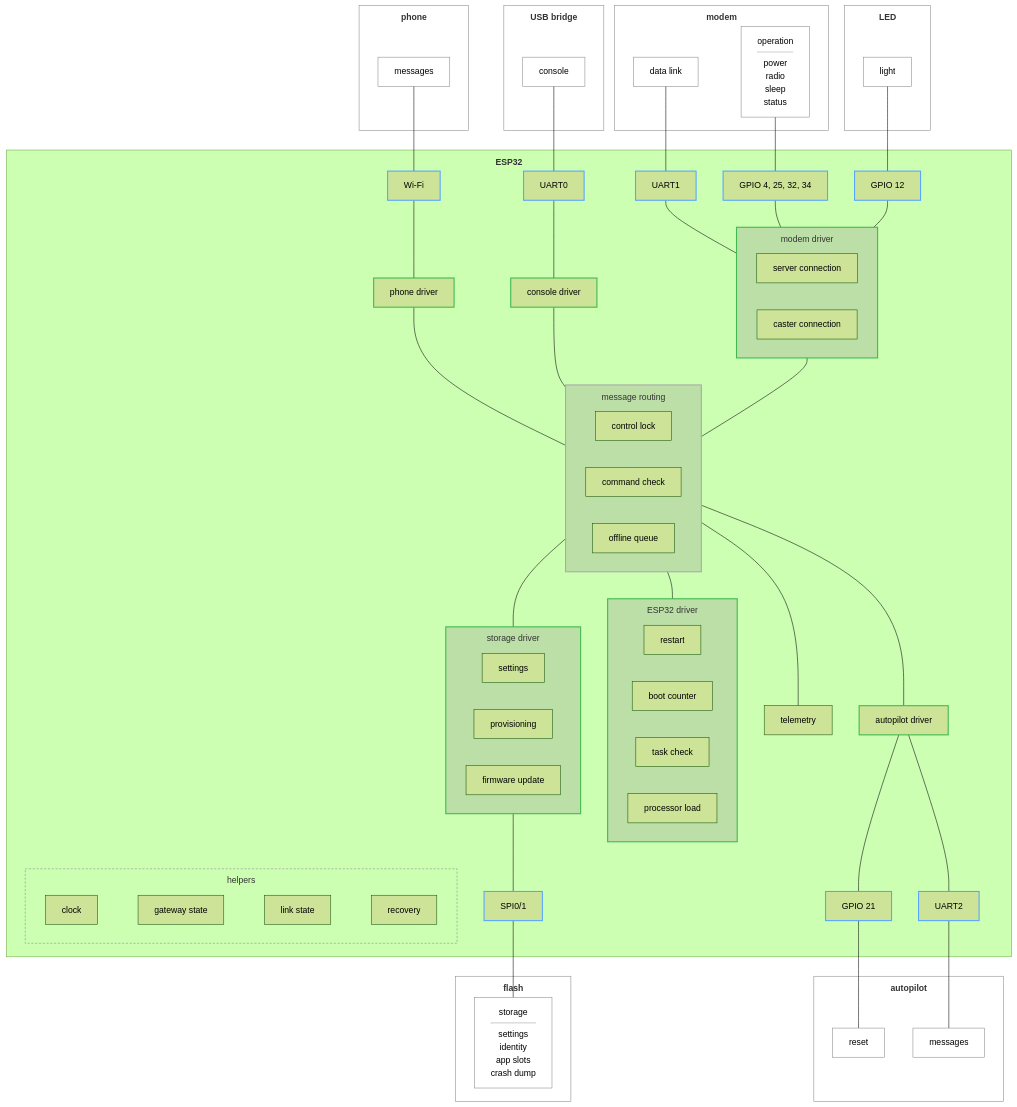
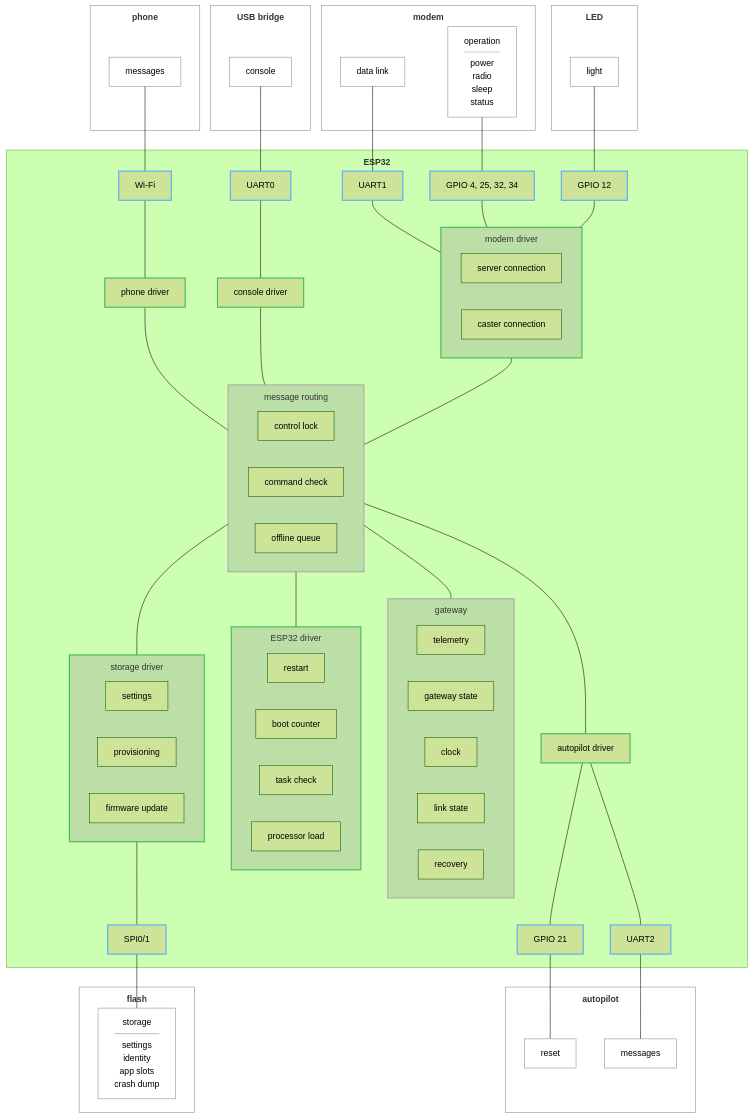
The diagram in .esp-architecture/diagrams/block-draft.md (rmx-lt/rmx-mower-gateway), drawn with Mermaid (forest theme) before and after one commit.

Commit message:
Draft: gateway block instead of helpers

```diff
--- a/.esp-architecture/diagrams/block-draft.md
+++ b/.esp-architecture/diagrams/block-draft.md
@@ -42,19 +42,18 @@
       chk["command check"]
       q["offline queue"]
     end
-    tel["telemetry"]
+    subgraph gw["gateway"]
+      tel["telemetry"]
+      state["gateway state"]
+      clk["clock"]
+      ls["link state"]
+      rec["recovery"]
+    end
     subgraph esp["ESP32 driver"]
       rst["restart"]
       boot["boot counter"]
       live["task check"]
       load["processor load"]
-    end
-    subgraph help["helpers"]
-      clk["clock"]
-      state["gateway state"]
-      ls["link state"]
-      rec["recovery"]
-      clk ~~~ state ~~~ ls ~~~ rec
     end
     bl["autopilot driver"]
     subgraph fs["storage driver"]
@@ -80,7 +79,7 @@
   phd --- msg
   con --- msg
   conn --- msg
-  msg --- tel
+  msg --- gw
   msg --- fs
   msg --- esp
   msg --- bl
@@ -91,10 +90,8 @@
   class u1,gm,gl,gr,u2,wf,u0,sp bus
   classDef driver stroke:#3fb950,stroke-width:2px
   class con,phd,bl driver
-  classDef helpers fill:none,stroke:#888,stroke-dasharray:4 3
-  class help helpers
   classDef owner fill:#8884,stroke:#aaa,stroke-width:2px
-  class msg owner
+  class msg,gw owner
   classDef ownerdriver fill:#8884,stroke:#3fb950,stroke-width:2px
   class conn,fs,esp ownerdriver
   classDef device fill:none,stroke:#888
```
